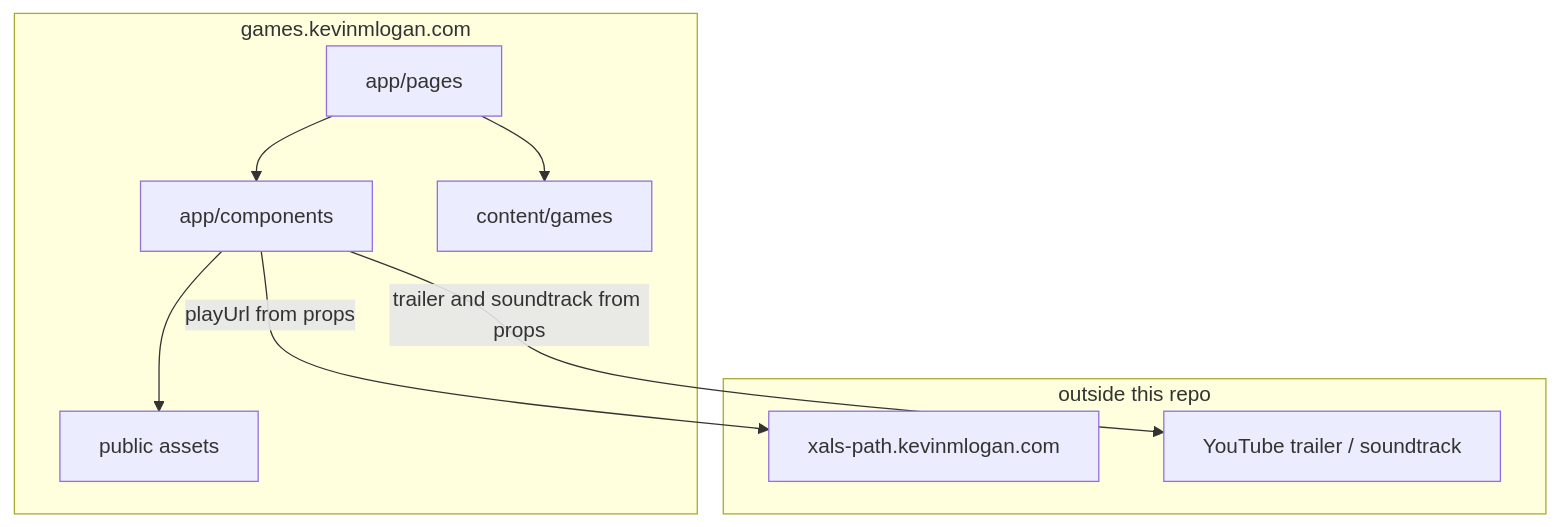
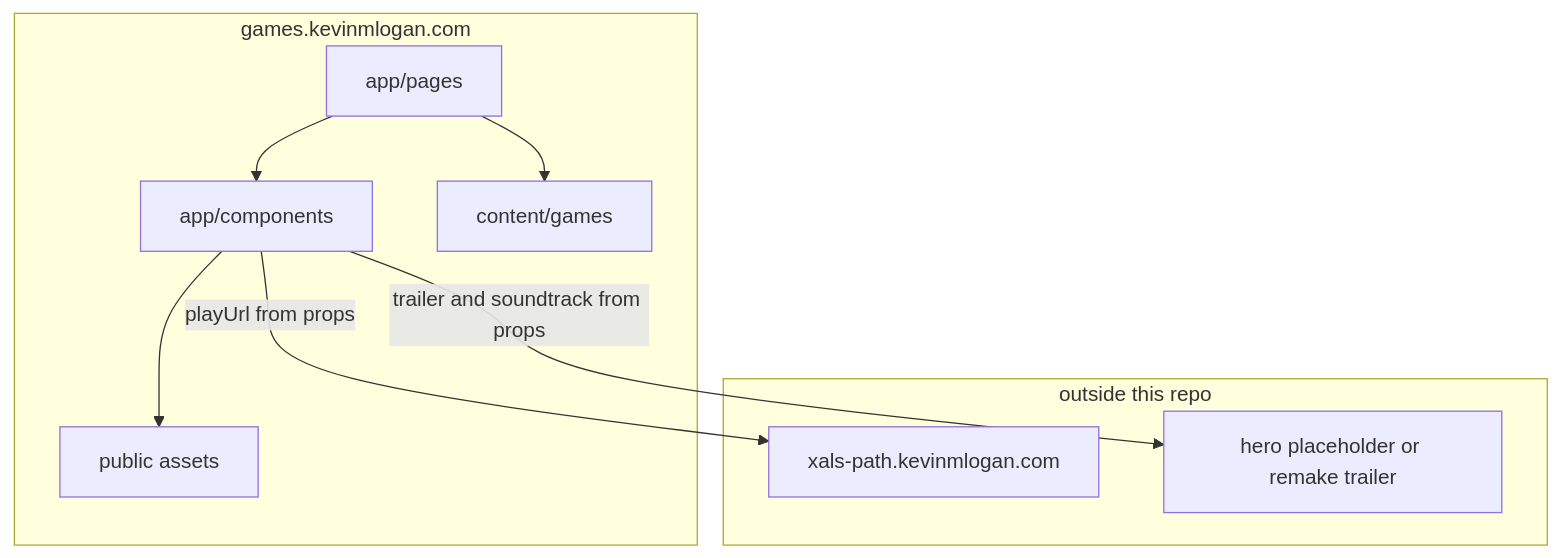
One commit to kevinlogan94/games changed the first of 4 diagrams in _bmad-output/planning-artifacts/architecture/architecture-games-2026-09-07/ARCHITECTURE-SPINE.md. Above: the diagram before and after it, drawn with Mermaid. The commit also changed other lines of this file and 2 other files, not shown here.

First line of the commit message:
:memo: lock remake look, trailer placeholder, contact, and analytics

````diff
--- a/_bmad-output/planning-artifacts/architecture/architecture-games-2026-09-07/ARCHITECTURE-SPINE.md
+++ b/_bmad-output/planning-artifacts/architecture/architecture-games-2026-09-07/ARCHITECTURE-SPINE.md
@@ -27,18 +27,18 @@
 ```mermaid
 flowchart TB
   subgraph catalog [games.kevinmlogan.com]
     Pages[app/pages]
     Components[app/components]
     Content[content/games]
     Public[public assets]
     Pages --> Components
     Pages --> Content
     Components --> Public
   end
   subgraph external [outside this repo]
     Play[xals-path.kevinmlogan.com]
-    Trailer[YouTube trailer / soundtrack]
+    Trailer[hero placeholder or remake trailer]
   end
   Components -->|"playUrl from props"| Play
   Components -->|"trailer and soundtrack from props"| Trailer
 ```
````
